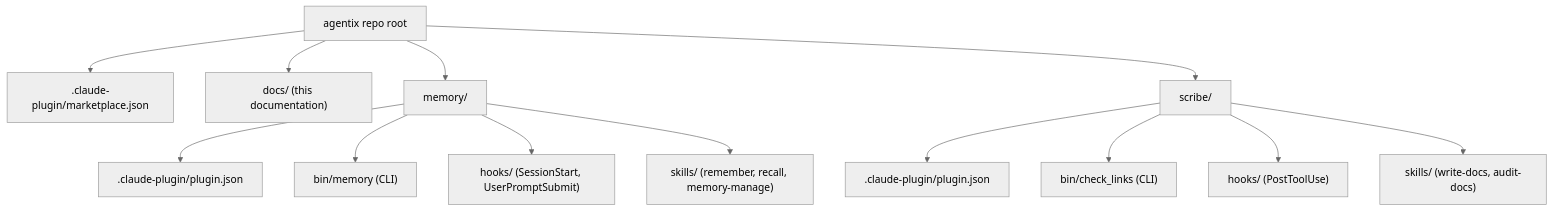
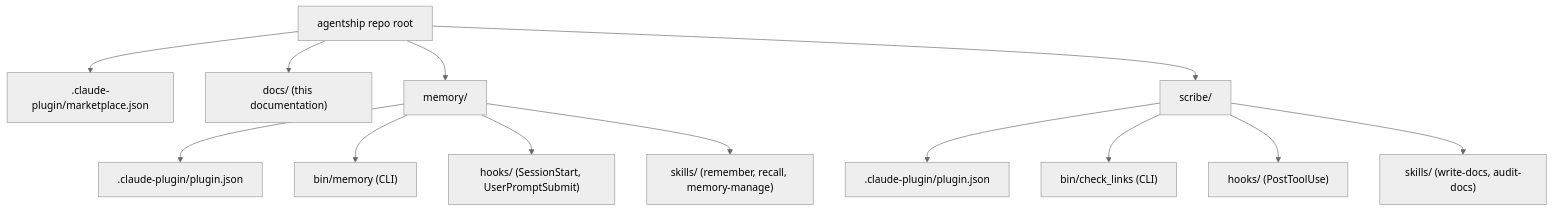
Before and after one commit to wearethefoos/agentship: the diagram in docs/architecture.md, drawn with Mermaid (neutral theme). The commit also changed other lines of this file and 14 other files, not shown here.

First line of the commit message:
refactor: rename agentix to agentship

````diff
--- a/docs/architecture.md
+++ b/docs/architecture.md
@@ -9,15 +9,15 @@
 ```mermaid
 flowchart TD
-    repo[agentix repo root] --> mp[".claude-plugin/marketplace.json"]
+    repo[agentship repo root] --> mp[".claude-plugin/marketplace.json"]
     repo --> docs["docs/ (this documentation)"]
     repo --> mem[memory/]
     repo --> scr[scribe/]
     mem --> mman[".claude-plugin/plugin.json"]
     mem --> mbin["bin/memory (CLI)"]
     mem --> mhooks["hooks/ (SessionStart, UserPromptSubmit)"]
     mem --> mskills["skills/ (remember, recall, memory-manage)"]
     scr --> sman[".claude-plugin/plugin.json"]
     scr --> sbin["bin/check_links (CLI)"]
     scr --> shooks["hooks/ (PostToolUse)"]
     scr --> sskills["skills/ (write-docs, audit-docs)"]
 ```
````
